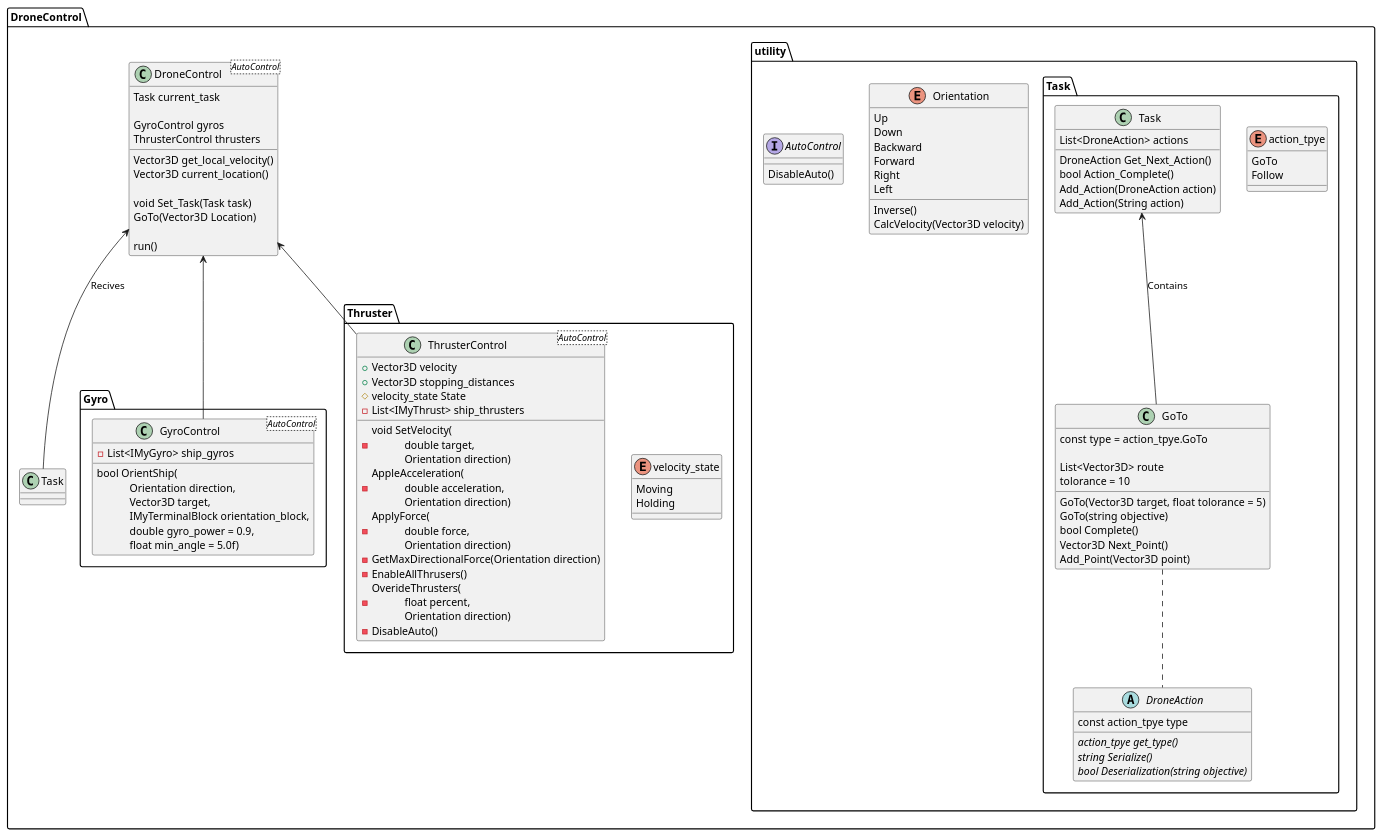
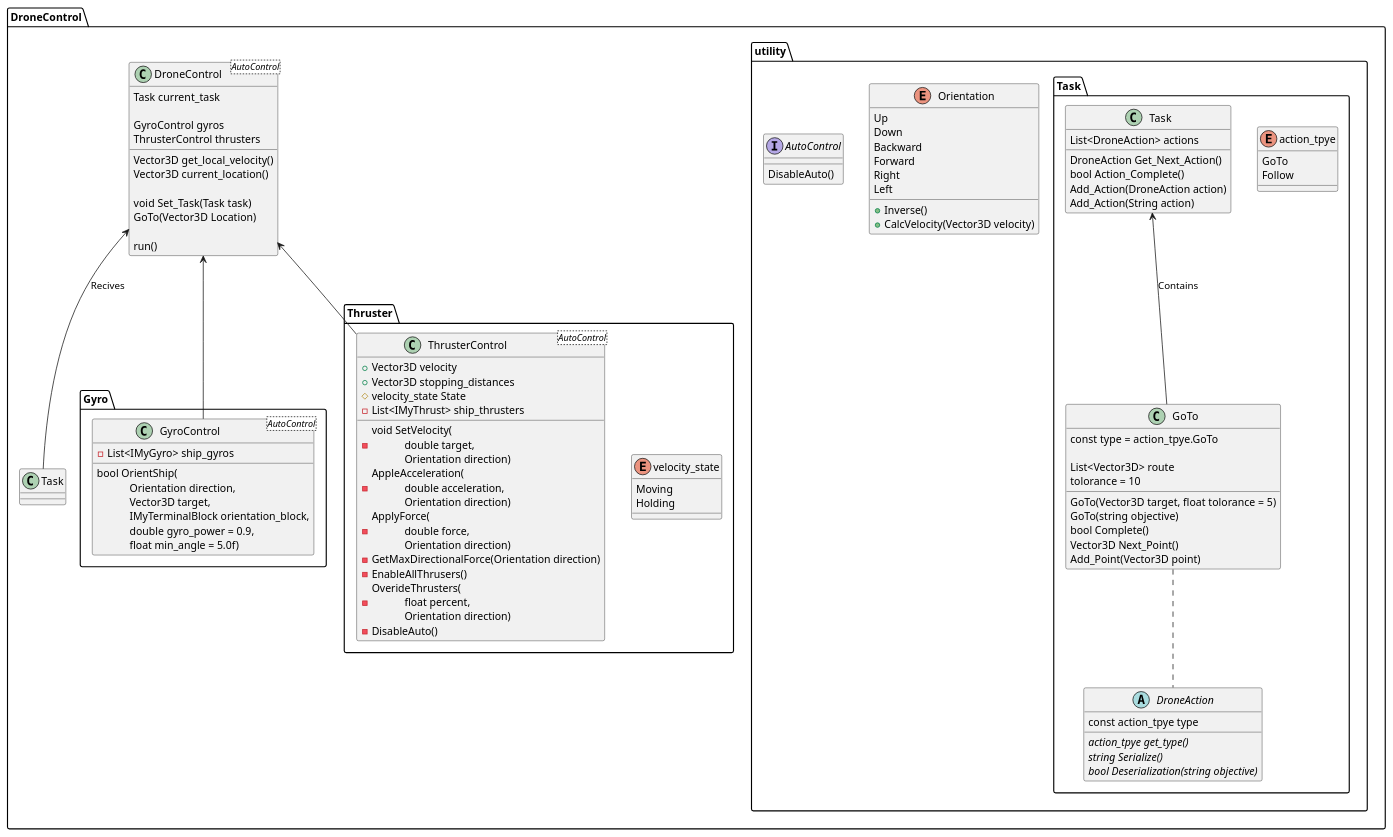
The diagram in Design/SpecDiagram.pu (jacob7395/DroneControl), drawn with PlantUML before and after one commit. The commit also changed 1 other file, not shown here.

Commit message:
Minor updates to the spec diagram and spelling

```diff
--- a/Design/SpecDiagram.pu
+++ b/Design/SpecDiagram.pu
@@ -1,126 +1,126 @@
 package DroneControl {
 
     package utility {
         enum Orientation {
             Up
             Down
             Backward
             Forward
             Right
             Left
 
-            Inverse()
-            CalcVelocity(Vector3D velocity)
+            +Inverse()
+            +CalcVelocity(Vector3D velocity)
         }
 
         interface AutoControl {
             DisableAuto()
         }
 
         package Task {
 
             enum action_tpye {
                 GoTo
                 Follow
             }
 
             abstract DroneAction {
                 const action_tpye type
 
                 {abstract} action_tpye get_type()
                 {abstract} string Serialize()
                 {abstract} bool Deserialization(string objective)
             }
 
             class GoTo {
                 const type = action_tpye.GoTo
 
                 List<Vector3D> route
                 tolorance = 10
 
                 GoTo(Vector3D target, float tolorance = 5)
                 GoTo(string objective)
                 bool Complete()
                 Vector3D Next_Point()
                 Add_Point(Vector3D point)
             }     
 
             class Task {
                 List<DroneAction> actions
 
                 DroneAction Get_Next_Action()
                 bool Action_Complete()
                 Add_Action(DroneAction action)
                 Add_Action(String action)
             }
 
             GoTo .. DroneAction
             Task <-- GoTo : Contains
         }
     }
 
     package Gyro {
         class GyroControl <AutoControl>{
             -List<IMyGyro> ship_gyros
 
             bool OrientShip(\n\
             Orientation direction,\n\
             Vector3D target,\n\
             IMyTerminalBlock orientation_block,\n\
             double gyro_power = 0.9,\n\
             float min_angle = 5.0f)
 
         }
     }
 
     package Thruster {
         enum velocity_state
         {
             Moving
             Holding
         }
 
         class ThrusterControl <AutoControl>{
             
             +Vector3D velocity
             +Vector3D stopping_distances
             #velocity_state State
             -List<IMyThrust> ship_thrusters
 
             -void SetVelocity(\n\
             double target,\n\
             Orientation direction)
             -AppleAcceleration(\n\
             double acceleration,\n\
             Orientation direction)
             -ApplyForce(\n\
             double force,\n\
             Orientation direction)
             -GetMaxDirectionalForce(Orientation direction)
             -EnableAllThrusers()
             -OverideThrusters(\n\
             float percent,\n\
             Orientation direction)
             -DisableAuto()
         }
     }
 
     class DroneControl <AutoControl>{
         Task current_task
         
         GyroControl gyros
         ThrusterControl thrusters
 
         Vector3D get_local_velocity()
         Vector3D current_location()
 
         void Set_Task(Task task)
         GoTo(Vector3D Location)
 
         run()
     }
 
     DroneControl <-- ThrusterControl
     DroneControl <-- GyroControl
     DroneControl <-- Task : Recives
 }
```
